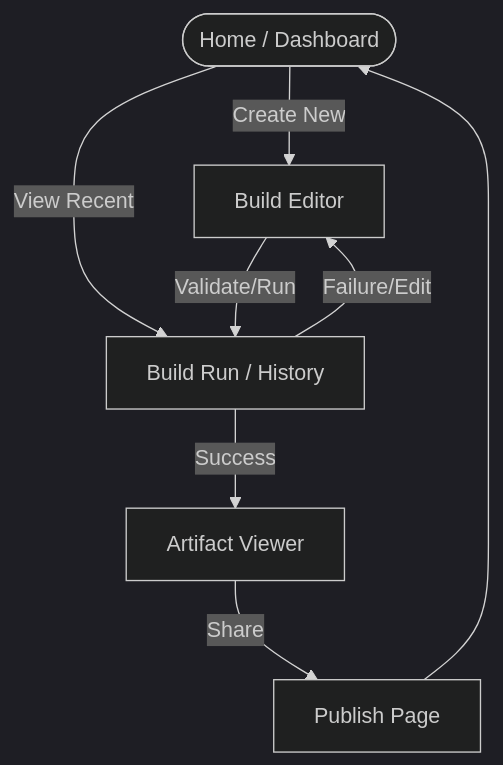
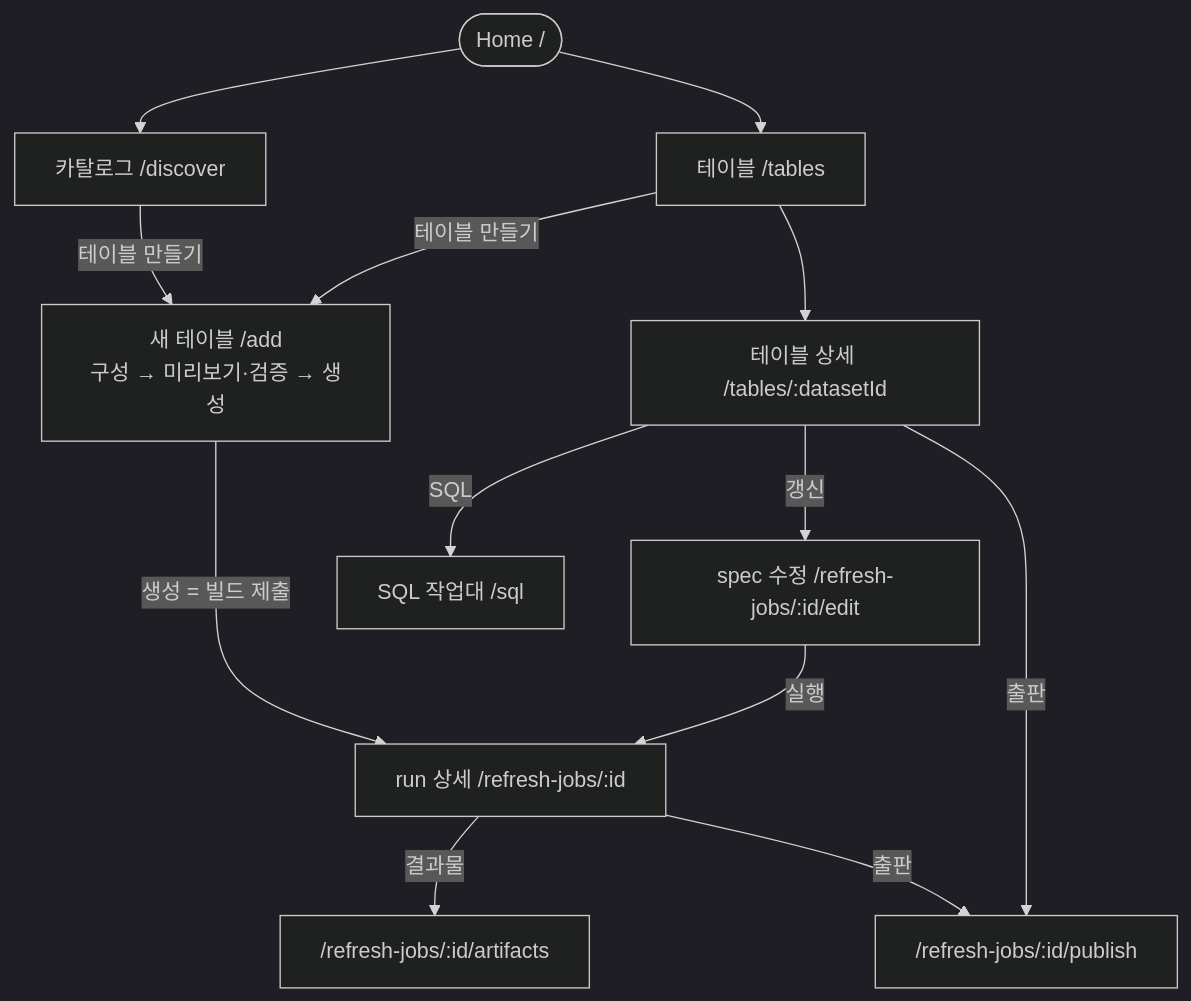
Before and after one commit to kpubdata-lab/kpubdata-studio: the diagram in UI_SPEC.md, drawn with Mermaid (dark theme). The commit also changed other lines of this file and 9 other files, not shown here.

````diff
--- a/UI_SPEC.md
+++ b/UI_SPEC.md
@@ -5,10 +7,15 @@
 ```mermaid
 flowchart TD
-    Home(["Home / Dashboard"]) -->|Create New| Editor[Build Editor]
-    Home -->|View Recent| Run["Build Run / History"]
-    Editor -->|Validate/Run| Run
-    Run -->|Success| Artifacts[Artifact Viewer]
-    Artifacts -->|Share| Publish[Publish Page]
-    Run -->|Failure/Edit| Editor
-    Publish --> Home
+    Home(["Home /"]) --> Catalog["카탈로그 /discover"]
+    Home --> Tables["테이블 /tables"]
+    Catalog -->|테이블 만들기| Add["새 테이블 /add<br/>구성 → 미리보기·검증 → 생성"]
+    Tables -->|테이블 만들기| Add
+    Add -->|생성 = 빌드 제출| Run["run 상세 /refresh-jobs/:id"]
+    Tables --> Detail["테이블 상세 /tables/:datasetId"]
+    Detail -->|갱신| Edit["spec 수정 /refresh-jobs/:id/edit"]
+    Edit -->|실행| Run
+    Run -->|결과물| Artifacts["/refresh-jobs/:id/artifacts"]
+    Run -->|출판| Publish["/refresh-jobs/:id/publish"]
+    Detail -->|출판| Publish
+    Detail -->|SQL| Sql["SQL 작업대 /sql"]
 ```
````
